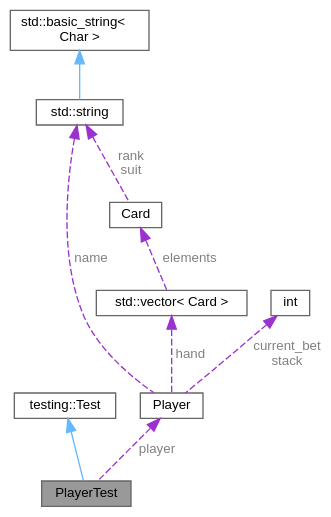
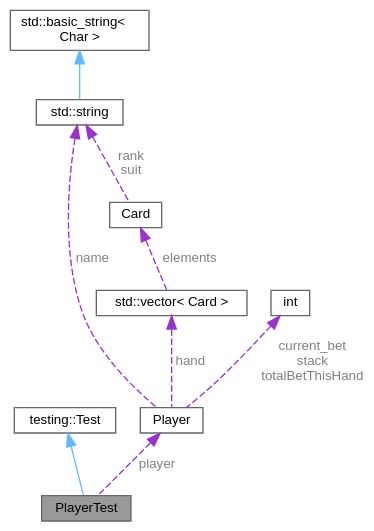
Before and after one commit to jesstyrrell/cosc345: the diagram in class_player_test__coll__graph.dot, drawn with Graphviz. The commit also changed 152 other files, not shown here.

```diff
--- a/class_player_test__coll__graph.dot
+++ b/class_player_test__coll__graph.dot
@@ -1,24 +1,24 @@
 digraph "PlayerTest"
 {
  // INTERACTIVE_SVG=YES
  // LATEX_PDF_SIZE
   bgcolor="transparent";
   edge [fontname=Helvetica,fontsize=10,labelfontname=Helvetica,labelfontsize=10];
   node [fontname=Helvetica,fontsize=10,shape=box,height=0.2,width=0.4];
   Node1 [id="Node000001",label="PlayerTest",height=0.2,width=0.4,color="gray40", fillcolor="grey60", style="filled", fontcolor="black",tooltip=" "];
   Node2 -> Node1 [id="edge1_Node000001_Node000002",dir="back",color="steelblue1",style="solid",tooltip=" "];
   Node2 [id="Node000002",label="testing::Test",height=0.2,width=0.4,color="gray40", fillcolor="white", style="filled",tooltip=" "];
   Node3 -> Node1 [id="edge2_Node000001_Node000003",dir="back",color="darkorchid3",style="dashed",tooltip=" ",label=" player",fontcolor="grey" ];
   Node3 [id="Node000003",label="Player",height=0.2,width=0.4,color="gray40", fillcolor="white", style="filled",URL="$class_player.html",tooltip="Represents a human player in the poker game."];
   Node4 -> Node3 [id="edge3_Node000003_Node000004",dir="back",color="darkorchid3",style="dashed",tooltip=" ",label=" name",fontcolor="grey" ];
   Node4 [id="Node000004",label="std::string",height=0.2,width=0.4,color="gray40", fillcolor="white", style="filled",tooltip=" "];
   Node5 -> Node4 [id="edge4_Node000004_Node000005",dir="back",color="steelblue1",style="solid",tooltip=" "];
   Node5 [id="Node000005",label="std::basic_string\<\l Char \>",height=0.2,width=0.4,color="gray40", fillcolor="white", style="filled",tooltip=" "];
   Node6 -> Node3 [id="edge5_Node000003_Node000006",dir="back",color="darkorchid3",style="dashed",tooltip=" ",label=" hand",fontcolor="grey" ];
   Node6 [id="Node000006",label="std::vector\< Card \>",height=0.2,width=0.4,color="gray40", fillcolor="white", style="filled",tooltip=" "];
   Node7 -> Node6 [id="edge6_Node000006_Node000007",dir="back",color="darkorchid3",style="dashed",tooltip=" ",label=" elements",fontcolor="grey" ];
   Node7 [id="Node000007",label="Card",height=0.2,width=0.4,color="gray40", fillcolor="white", style="filled",URL="$class_card.html",tooltip="Represents a single card in a deck of cards. Each card has a suit and a rank."];
   Node4 -> Node7 [id="edge7_Node000007_Node000004",dir="back",color="darkorchid3",style="dashed",tooltip=" ",label=" rank\nsuit",fontcolor="grey" ];
-  Node8 -> Node3 [id="edge8_Node000003_Node000008",dir="back",color="darkorchid3",style="dashed",tooltip=" ",label=" current_bet\nstack",fontcolor="grey" ];
+  Node8 -> Node3 [id="edge8_Node000003_Node000008",dir="back",color="darkorchid3",style="dashed",tooltip=" ",label=" current_bet\nstack\ntotalBetThisHand",fontcolor="grey" ];
   Node8 [id="Node000008",label="int",height=0.2,width=0.4,color="gray40", fillcolor="white", style="filled",tooltip=" "];
 }
```
